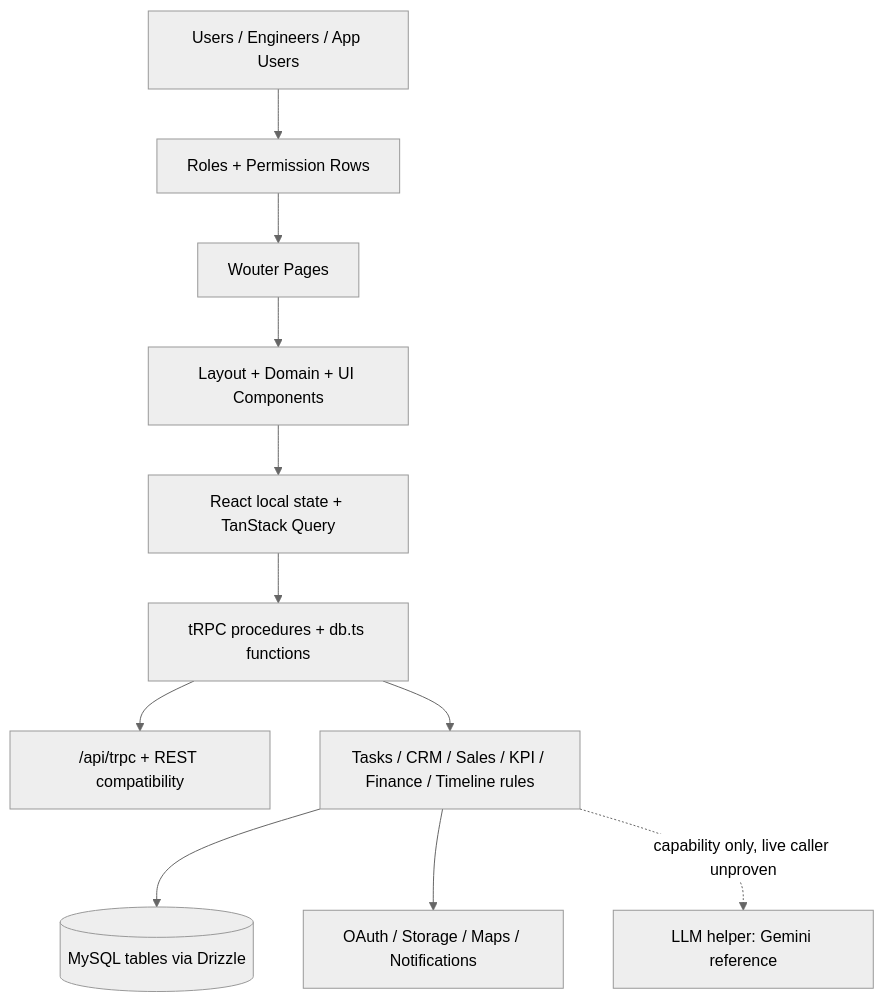
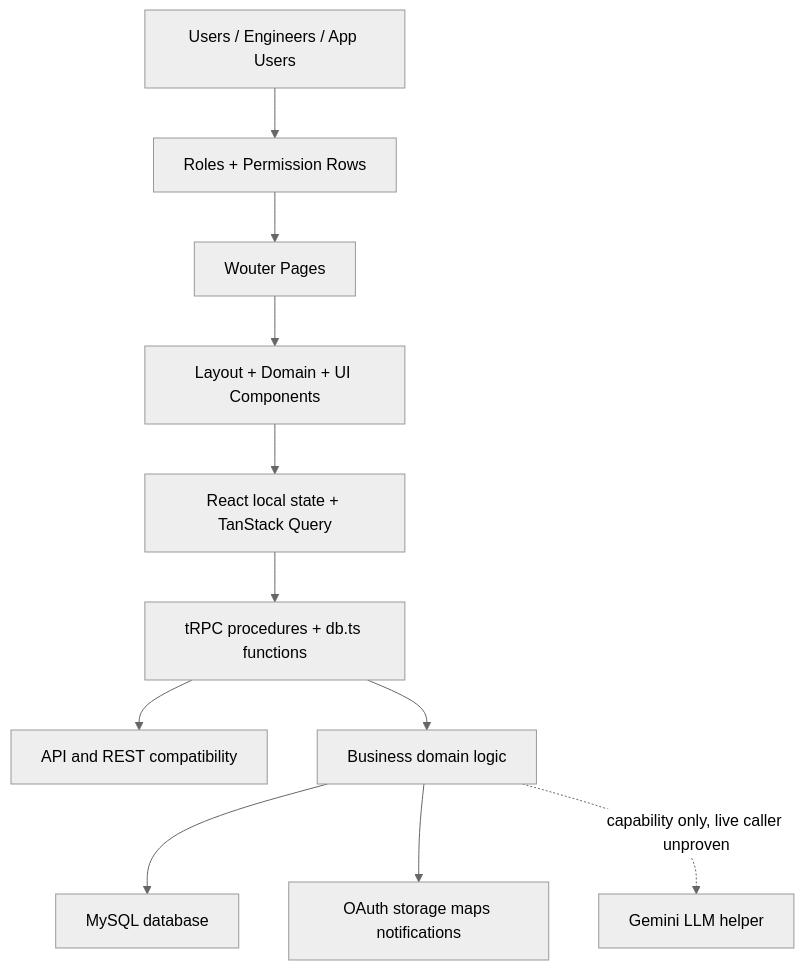
Before and after one commit to ProGroup1040/sales-team-platform: the ninth of 9 diagrams in docs/reverse_engineering.md, drawn with Mermaid (neutral theme). The commit also changed other lines of this file and 1 other file, not shown here.

Commit message:
Harden Mermaid diagrams for parser compatibility

````diff
--- a/docs/reverse_engineering.md
+++ b/docs/reverse_engineering.md
@@ -1217,19 +1217,19 @@
 ```mermaid
 flowchart TD
     Users[Users / Engineers / App Users]
     Roles[Roles + Permission Rows]
     Pages[Wouter Pages]
     Components[Layout + Domain + UI Components]
     State[React local state + TanStack Query]
     Services[tRPC procedures + db.ts functions]
-    APIs["/api/trpc + REST compatibility"]
-    Logic[Tasks / CRM / Sales / KPI / Finance / Timeline rules]
-    DB[(MySQL tables via Drizzle)]
-    External[OAuth / Storage / Maps / Notifications]
-    AI[LLM helper: Gemini reference]
+    APIs[API and REST compatibility]
+    Logic[Business domain logic]
+    DB[MySQL database]
+    External[OAuth storage maps notifications]
+    AI[Gemini LLM helper]
     Users --> Roles --> Pages --> Components --> State --> Services
     Services --> APIs
     Services --> Logic --> DB
     Logic --> External
     Logic -. capability only, live caller unproven .-> AI
 ```
````
